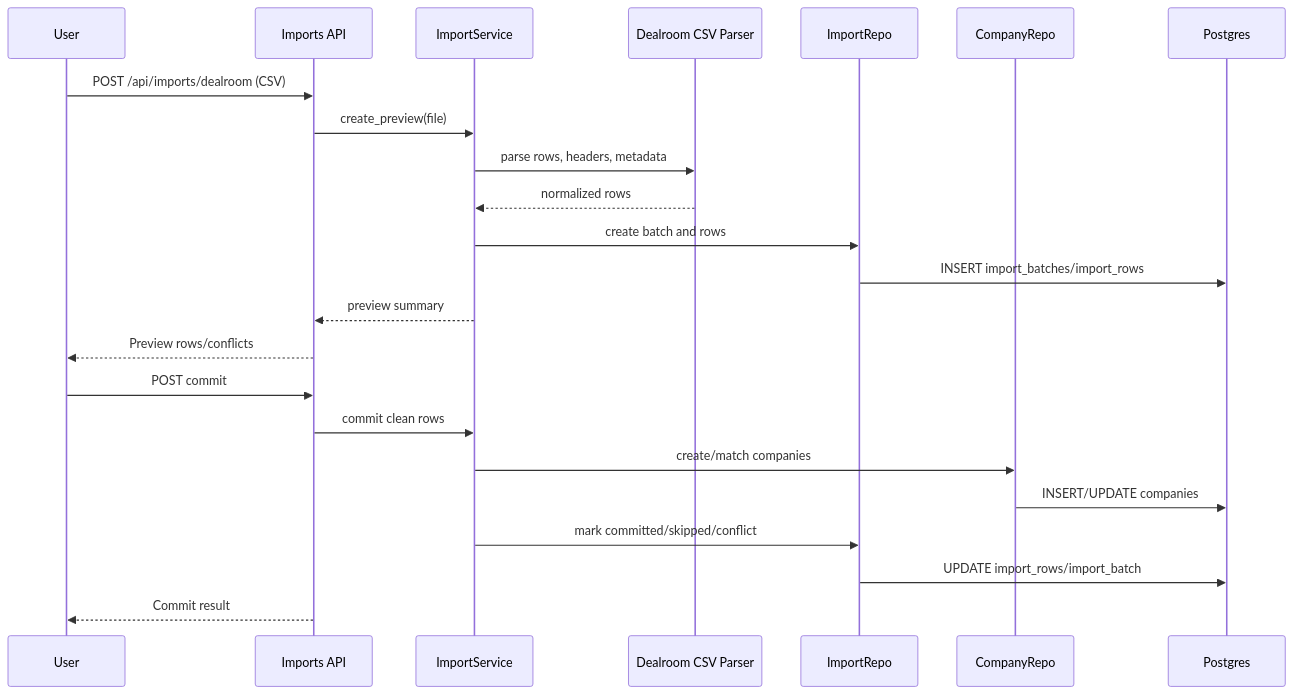
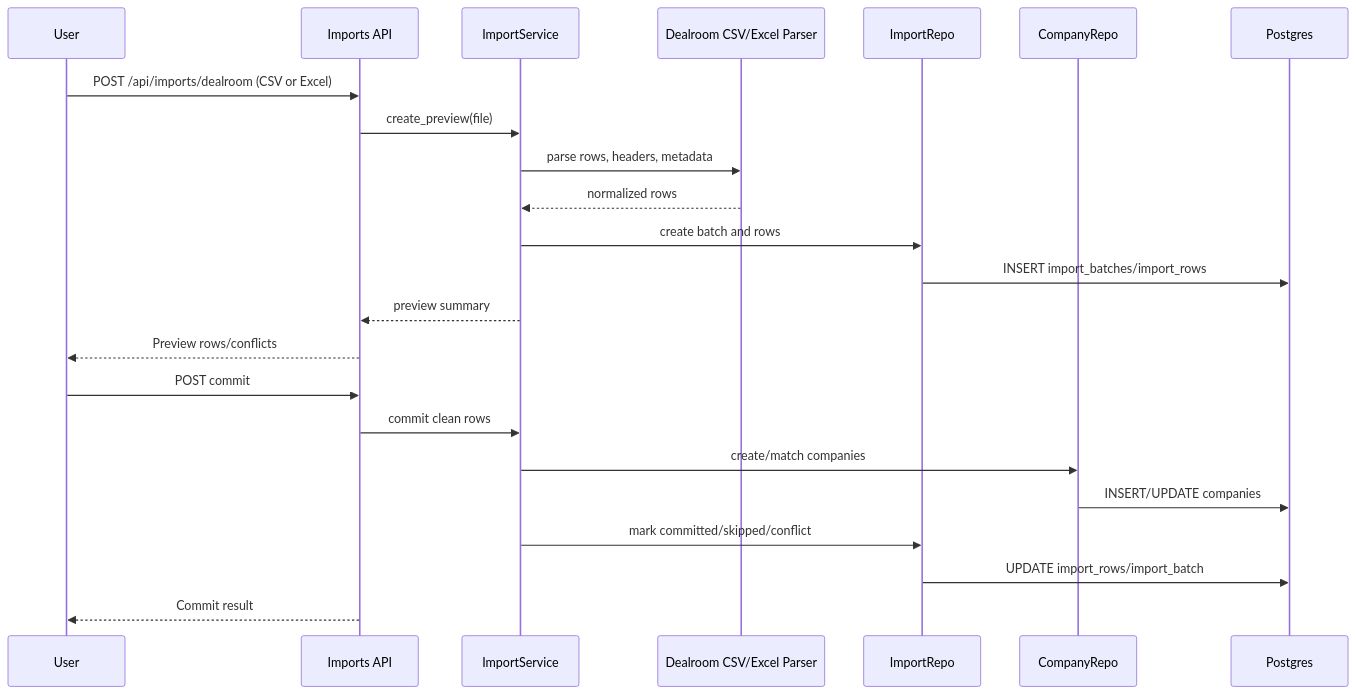
One commit to ShaneGiro/1829-Ventures changed the fourth of 7 diagrams in DESIGN_DOC.md. Above: the diagram before and after it, drawn with Mermaid. The commit also changed other lines of this file and 24 other files, not shown here.

````diff
--- a/DESIGN_DOC.md
+++ b/DESIGN_DOC.md
@@ -525,26 +592,26 @@
 ```mermaid
 sequenceDiagram
     participant User
     participant ImportsAPI as Imports API
     participant ImportService
-    participant CSV as Dealroom CSV Parser
+    participant CSV as Dealroom CSV/Excel Parser
     participant ImportRepo
     participant CompanyRepo
     participant Postgres
 
-    User->>ImportsAPI: POST /api/imports/dealroom (CSV)
+    User->>ImportsAPI: POST /api/imports/dealroom (CSV or Excel)
     ImportsAPI->>ImportService: create_preview(file)
     ImportService->>CSV: parse rows, headers, metadata
     CSV-->>ImportService: normalized rows
     ImportService->>ImportRepo: create batch and rows
     ImportRepo->>Postgres: INSERT import_batches/import_rows
     ImportService-->>ImportsAPI: preview summary
     ImportsAPI-->>User: Preview rows/conflicts
     User->>ImportsAPI: POST commit
     ImportsAPI->>ImportService: commit clean rows
     ImportService->>CompanyRepo: create/match companies
     CompanyRepo->>Postgres: INSERT/UPDATE companies
     ImportService->>ImportRepo: mark committed/skipped/conflict
     ImportRepo->>Postgres: UPDATE import_rows/import_batch
     ImportsAPI-->>User: Commit result
 ```
````
